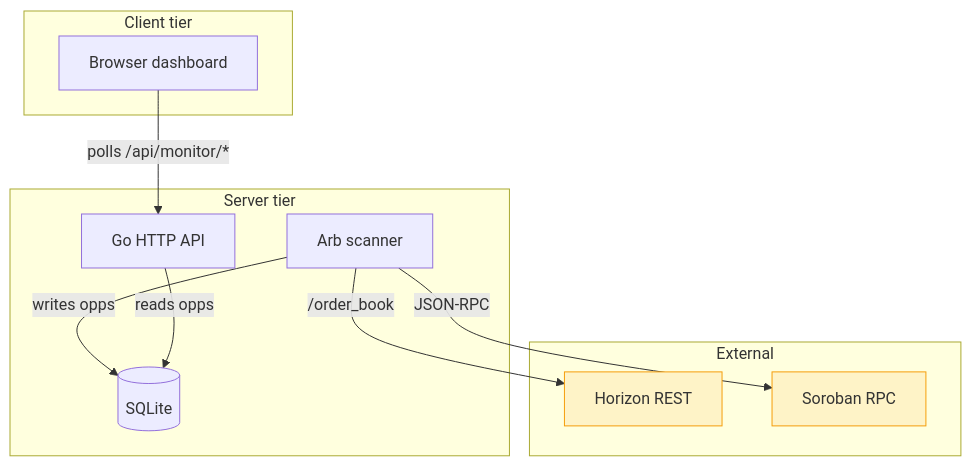
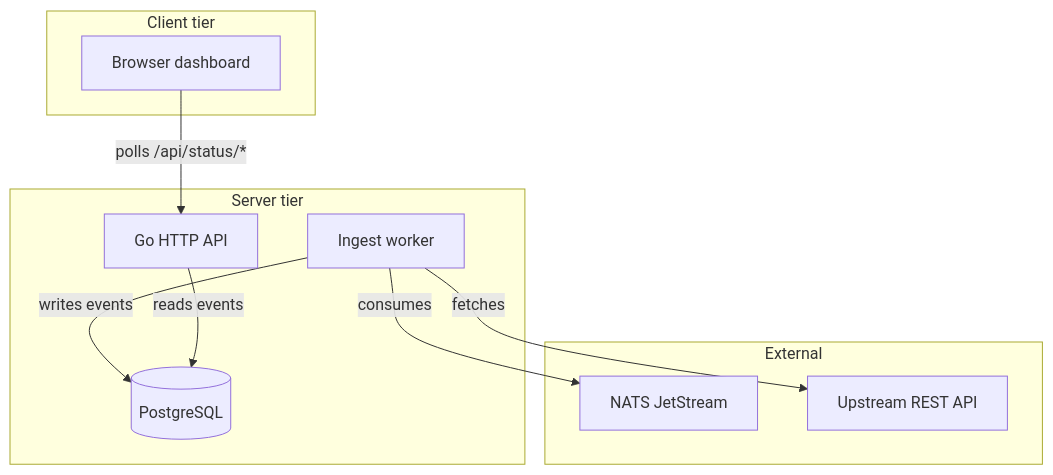
One commit to notjrbauer/dotfiles changed the first of 3 diagrams in .claude/agents/mermaid-diagram-expert.md. Above: the diagram before and after it, drawn with Mermaid. The commit also changed other lines of this file and 24 other files, not shown here.

````diff
--- a/.claude/agents/mermaid-diagram-expert.md
+++ b/.claude/agents/mermaid-diagram-expert.md
@@ -40,23 +40,23 @@
 ```mermaid
 flowchart TB
     subgraph Client["Client tier"]
         Browser[Browser dashboard]
     end
     subgraph Server["Server tier"]
         API[Go HTTP API]
-        Scanner[Arb scanner]
-        DB[(SQLite)]
+        Worker[Ingest worker]
+        DB[(PostgreSQL)]
     end
     subgraph External["External"]
-        Horizon[Horizon REST]
-        RPC[Soroban RPC]
+        Queue[NATS JetStream]
+        Upstream[Upstream REST API]
     end
-    Browser -->|polls /api/monitor/*| API
-    Scanner -->|writes opps| DB
-    API -->|reads opps| DB
-    Scanner -->|/order_book| Horizon
-    Scanner -->|JSON-RPC| RPC
+    Browser -->|polls /api/status/*| API
+    Worker -->|writes events| DB
+    API -->|reads events| DB
+    Worker -->|consumes| Queue
+    Worker -->|fetches| Upstream
 
     classDef ext fill:#fef3c7,stroke:#f59e0b
     class Horizon,RPC ext
 ```
````
